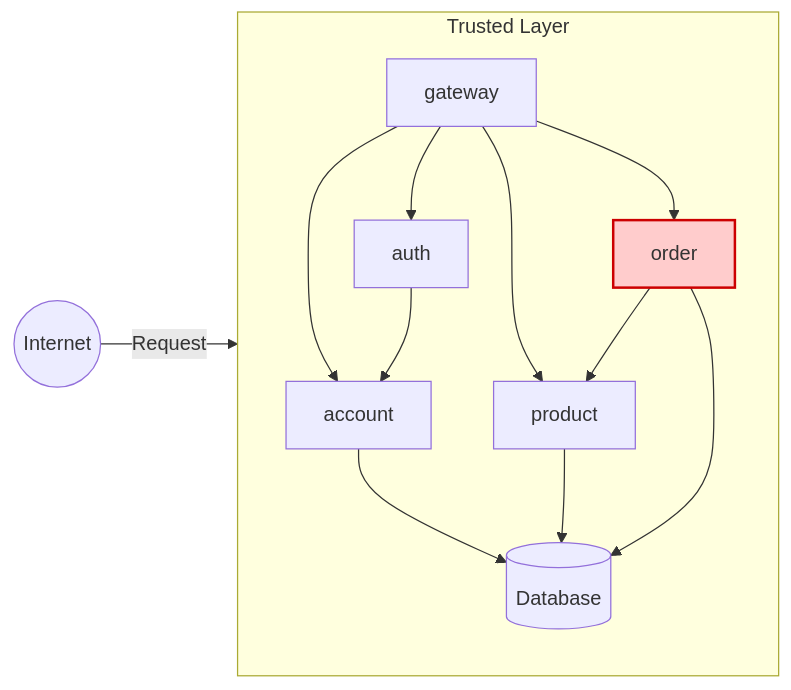
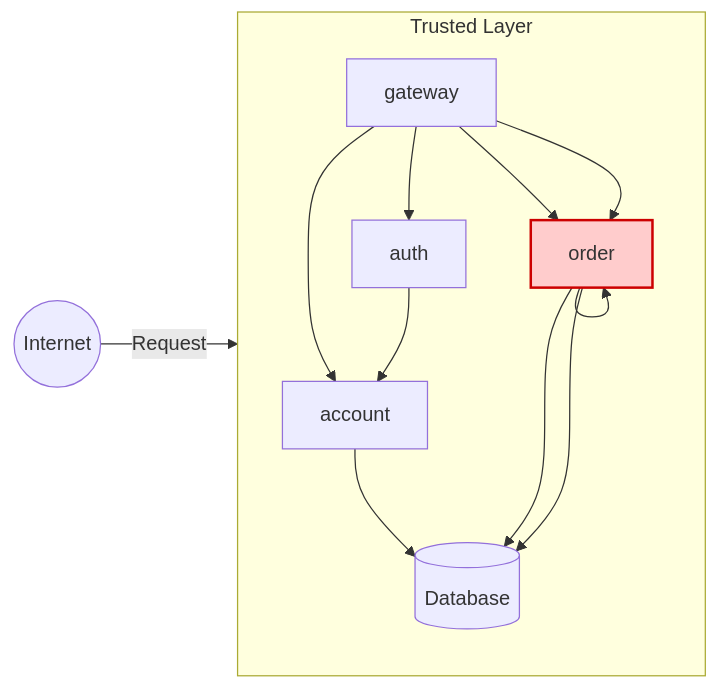
The diagram in docs/roteiro2/index.md (luabatepietro/pma_projeto), drawn with Mermaid before and after one commit. The commit also changed 2 other files, not shown here.

````diff
--- a/docs/roteiro2/index.md
+++ b/docs/roteiro2/index.md
@@ -9,21 +9,19 @@
 ```mermaid
 flowchart LR
     subgraph api [Trusted Layer]
         direction TB
         gateway --> account
         gateway --> auth
         account --> db[(Database)]
         auth --> account
-        gateway --> product
         gateway --> order:::red
-        product --> db
+        gateway --> order
         order --> db
-        order --> product
+        order --> db
+        order --> order
     end
-
     internet((Internet)) -->|Request| gateway
 
     classDef red fill:#fcc,stroke:#c00,stroke-width:2px;
 
-    click order "#order-api" "Order API"
 ```
````
